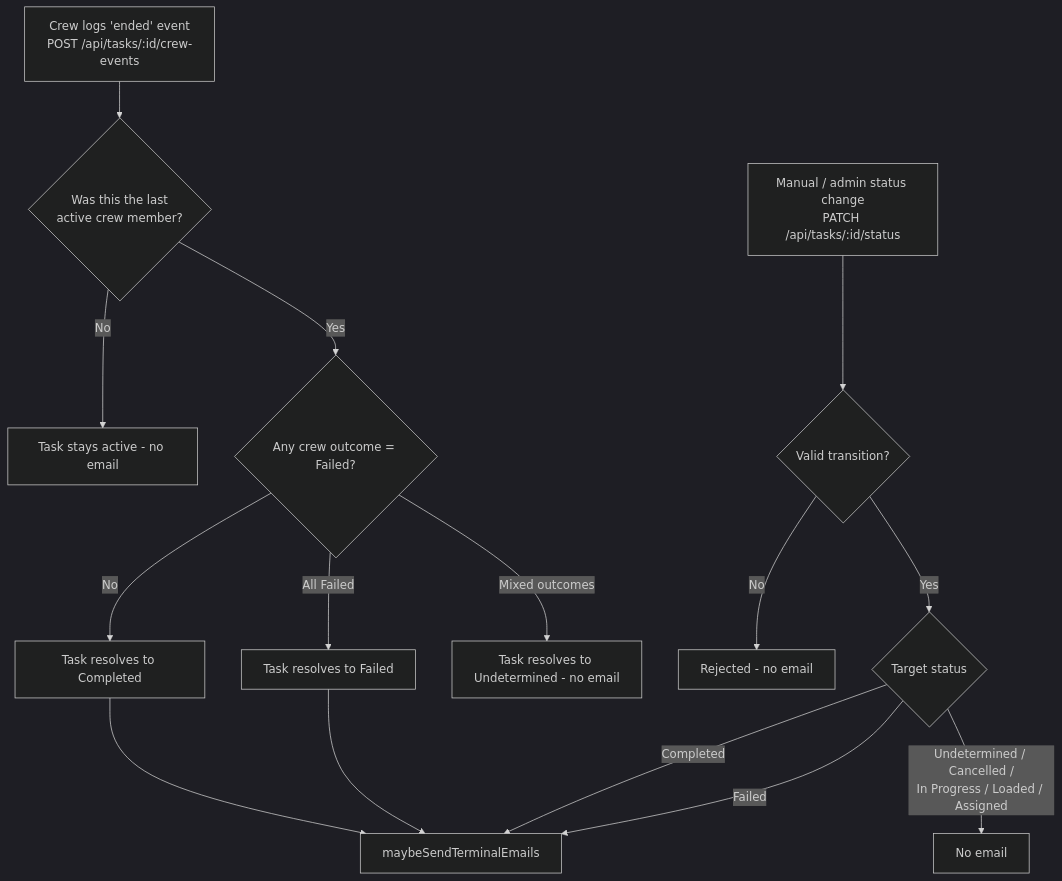
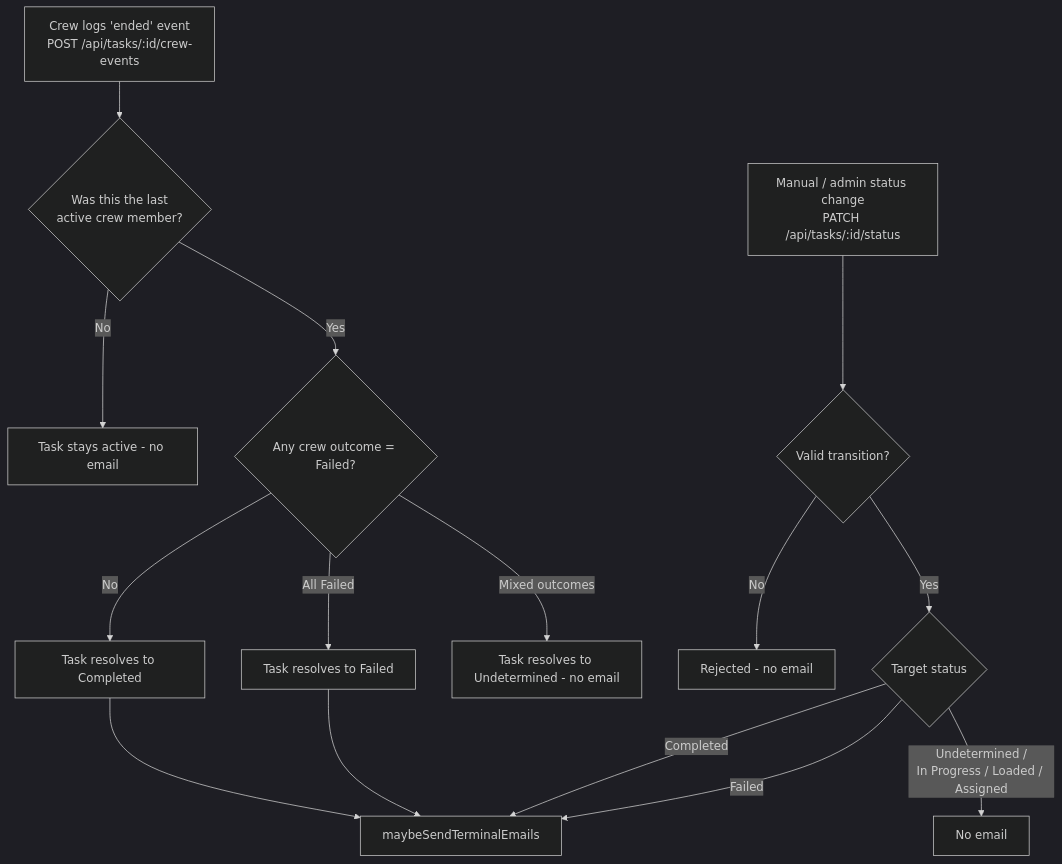
The first of 2 diagrams in docs/email-triggers.md (nolanvargas/Field), drawn with Mermaid (dark theme) before and after one commit. The commit also changed other lines of this file and 47 other files, not shown here.

````diff
--- a/docs/email-triggers.md
+++ b/docs/email-triggers.md
@@ -19,20 +19,20 @@
 ```mermaid
 flowchart TD
     A["Crew logs 'ended' event<br/>POST /api/tasks/:id/crew-events"] --> B{Was this the last<br/>active crew member?}
     B -- No --> B1[Task stays active - no email]
     B -- Yes --> C{Any crew outcome = Failed?}
     C -- No --> D1[Task resolves to Completed]
     C -- All Failed --> D2[Task resolves to Failed]
     C -- Mixed outcomes --> D3[Task resolves to Undetermined - no email]
     D1 --> GATE
     D2 --> GATE
 
     E["Manual / admin status change<br/>PATCH /api/tasks/:id/status"] --> F{Valid transition?}
     F -- No --> F1[Rejected - no email]
     F -- Yes --> G{Target status}
     G -- Completed --> GATE
     G -- Failed --> GATE
-    G -- "Undetermined / Cancelled /<br/>In Progress / Loaded / Assigned" --> G1[No email]
+    G -- "Undetermined /<br/>In Progress / Loaded / Assigned" --> G1[No email]
 
     GATE["maybeSendTerminalEmails"]
 ```
````
